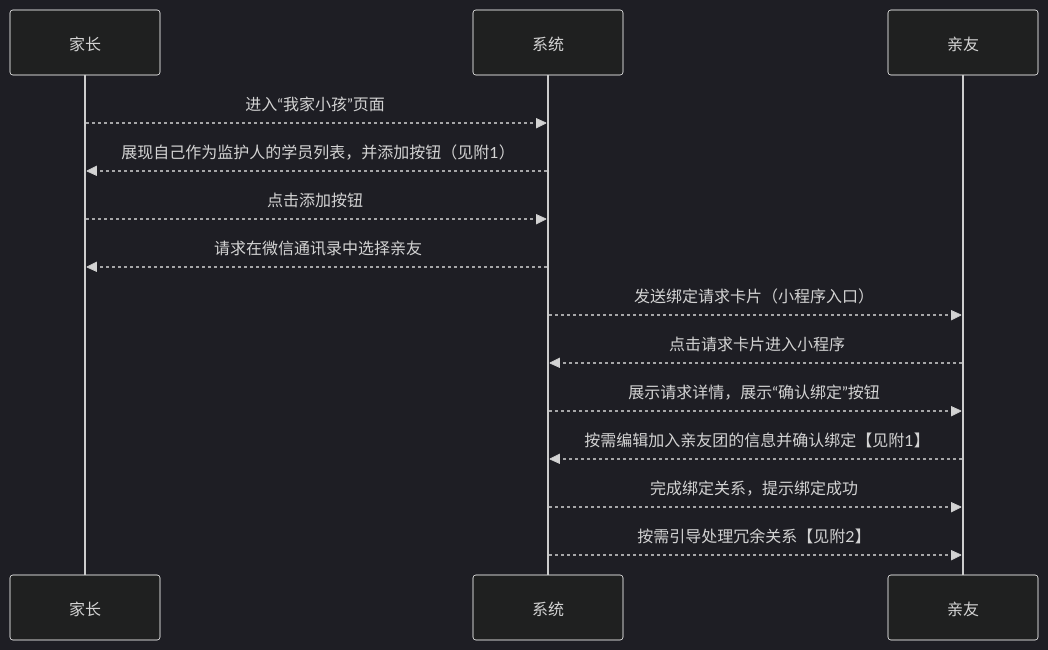
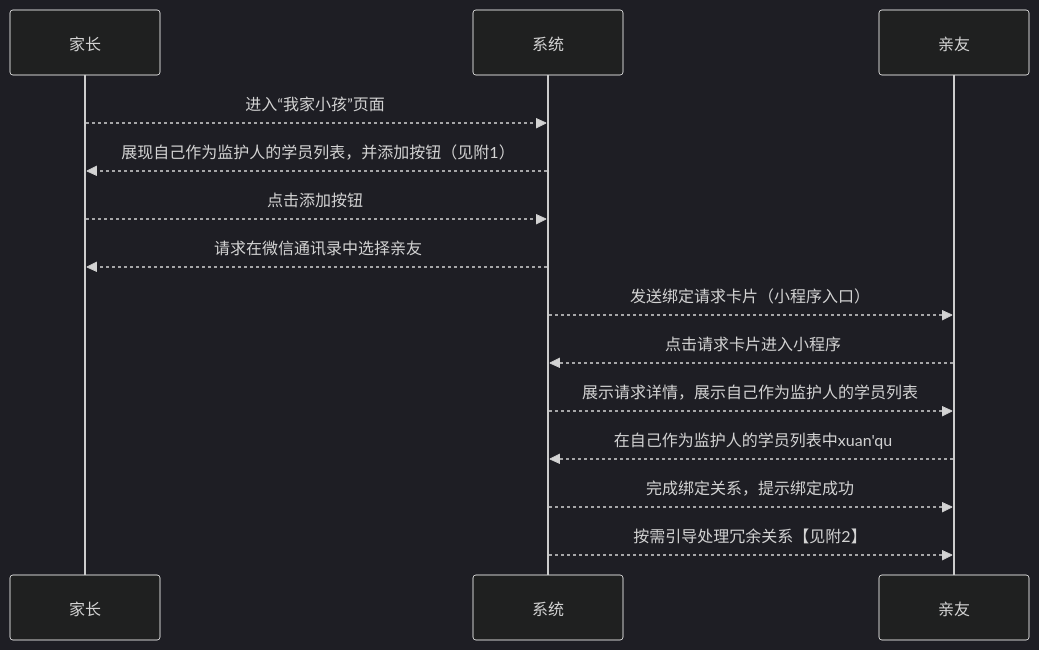
The second of 2 diagrams in 用例/家长-学员关系绑定.md (world-wide-web/sign), drawn with Mermaid (dark theme) before and after one commit. The commit also changed other lines of this file, not shown here.

````diff
--- a/用例/家长-学员关系绑定.md
+++ b/用例/家长-学员关系绑定.md
@@ -41,24 +41,24 @@
 ```mermaid
 sequenceDiagram
 
 家长-->>系统: 进入“我家小孩”页面
 
 系统-->>家长: 展现自己作为监护人的学员列表，并添加按钮（见附1）
 
 家长-->>系统: 点击添加按钮
 
 系统-->>家长: 请求在微信通讯录中选择亲友
 
 系统-->>亲友: 发送绑定请求卡片（小程序入口）
 
 亲友-->>系统: 点击请求卡片进入小程序
 
-系统-->>亲友: 展示请求详情，展示“确认绑定”按钮
+系统-->>亲友: 展示请求详情，展示自己作为监护人的学员列表
 
-亲友-->>系统: 按需编辑加入亲友团的信息并确认绑定【见附1】
+亲友-->>系统: 在自己作为监护人的学员列表中xuan'qu
 
 系统-->>亲友: 完成绑定关系，提示绑定成功
 
 系统-->>亲友: 按需引导处理冗余关系【见附2】
 
 ```
````
